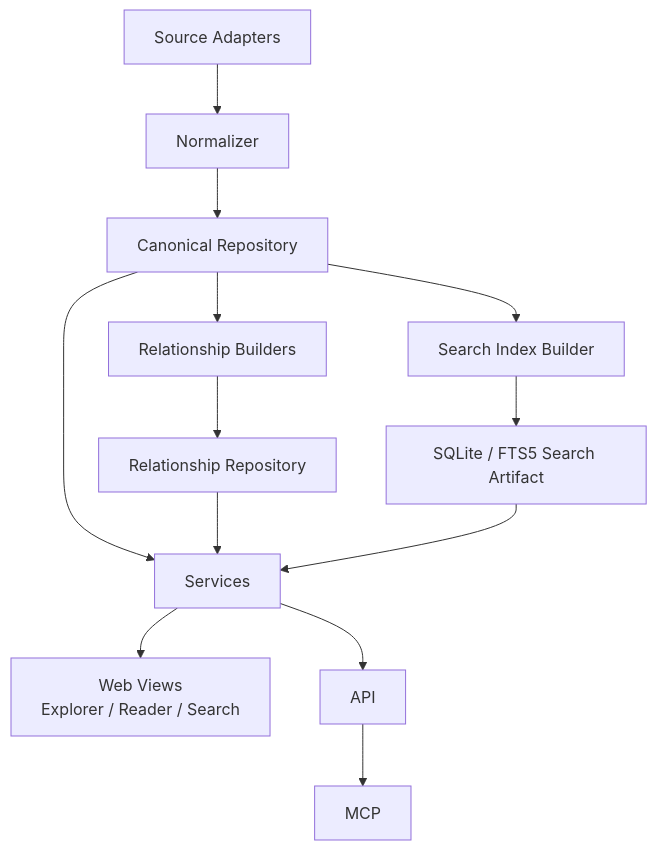
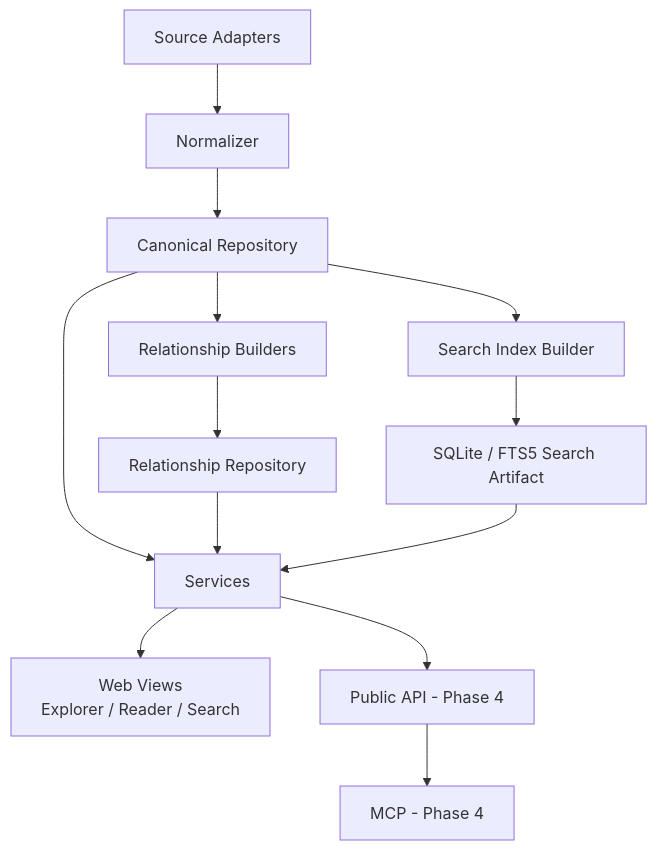
The fifth of 5 diagrams in docs/regulatory_knowledge_platform_requirements.md (liyouqi/regulatory-knowledge-platform), drawn with Mermaid before and after one commit. The commit also changed other lines of this file and 1 other file, not shown here.

Commit message:
docs: move public API and MCP to phase 4

````diff
--- a/docs/regulatory_knowledge_platform_requirements.md
+++ b/docs/regulatory_knowledge_platform_requirements.md
@@ -2383,15 +2332,15 @@
 ```mermaid
 flowchart TD
     A[Source Adapters] --> B[Normalizer]
     B --> C[Canonical Repository]
     C --> D[Relationship Builders]
     D --> E[Relationship Repository]
     C --> S[Search Index Builder]
     S --> X[SQLite / FTS5 Search Artifact]
     C --> F[Services]
     E --> F
     X --> F
     F --> G[Web Views\nExplorer / Reader / Search]
-    F --> H[API]
-    H --> I[MCP]
+    F --> H[Public API - Phase 4]
+    H --> I[MCP - Phase 4]
 ```
````
